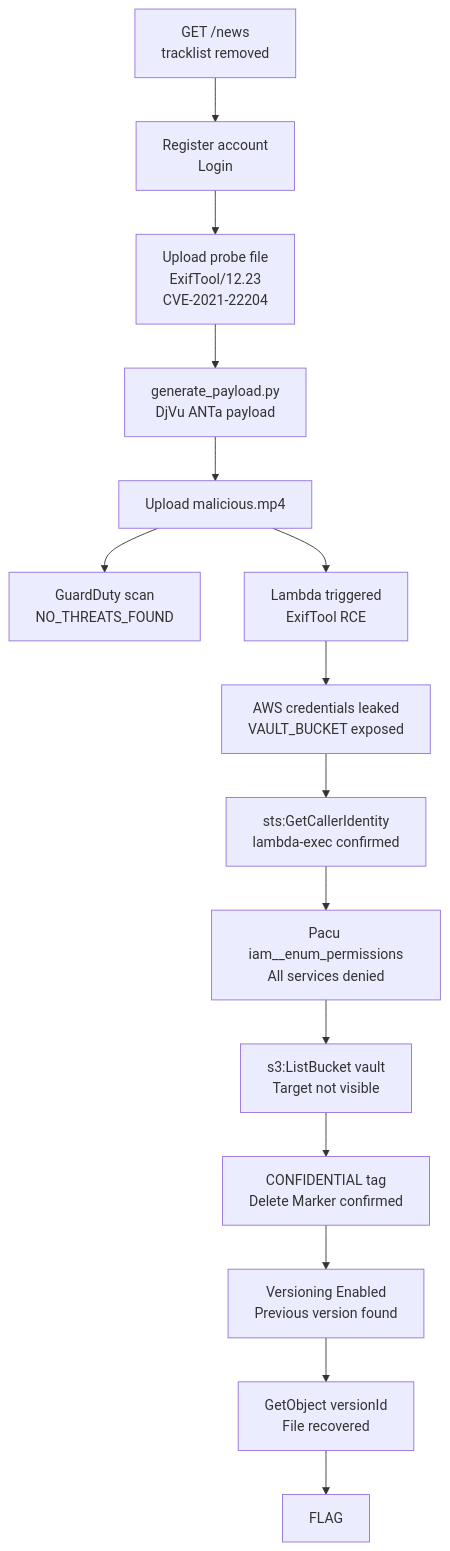
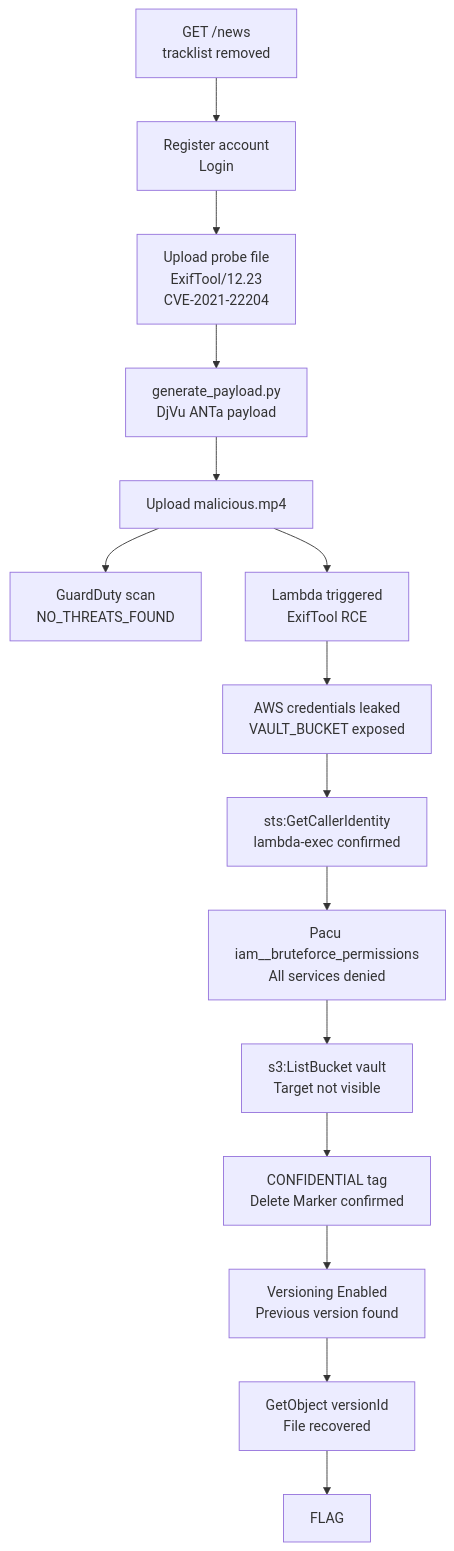
The diagram in scenarios/aws/07-cve/hidden-track/README.md (Beaver-Dam-Community/GnawLab), drawn with Mermaid before and after one commit. The commit also changed 1 other file, not shown here.

Commit message:
docs: fix s3:CopyObject in lessons learned and iam__enum_permissions in README mermaid

````diff
--- a/scenarios/aws/07-cve/hidden-track/README.md
+++ b/scenarios/aws/07-cve/hidden-track/README.md
@@ -72,18 +72,18 @@
 ```mermaid
 flowchart TB
     A["GET /news<br/>tracklist removed"] --> B["Register account<br/>Login"]
     B --> C["Upload probe file<br/>ExifTool/12.23<br/>CVE-2021-22204"]
     C --> D["generate_payload.py<br/>DjVu ANTa payload"]
     D --> E["Upload malicious.mp4"]
     E --> F["GuardDuty scan<br/>NO_THREATS_FOUND"]
     E --> G["Lambda triggered<br/>ExifTool RCE"]
     G --> H["AWS credentials leaked<br/>VAULT_BUCKET exposed"]
     H --> I["sts:GetCallerIdentity<br/>lambda-exec confirmed"]
-    I --> I2["Pacu iam__enum_permissions<br/>All services denied"]
+    I --> I2["Pacu iam__bruteforce_permissions<br/>All services denied"]
     I2 --> J["s3:ListBucket vault<br/>Target not visible"]
     J --> K["CONFIDENTIAL tag<br/>Delete Marker confirmed"]
     K --> L["Versioning Enabled<br/>Previous version found"]
     L --> M["GetObject versionId<br/>File recovered"]
     M --> N["FLAG"]
 
 ```
````
